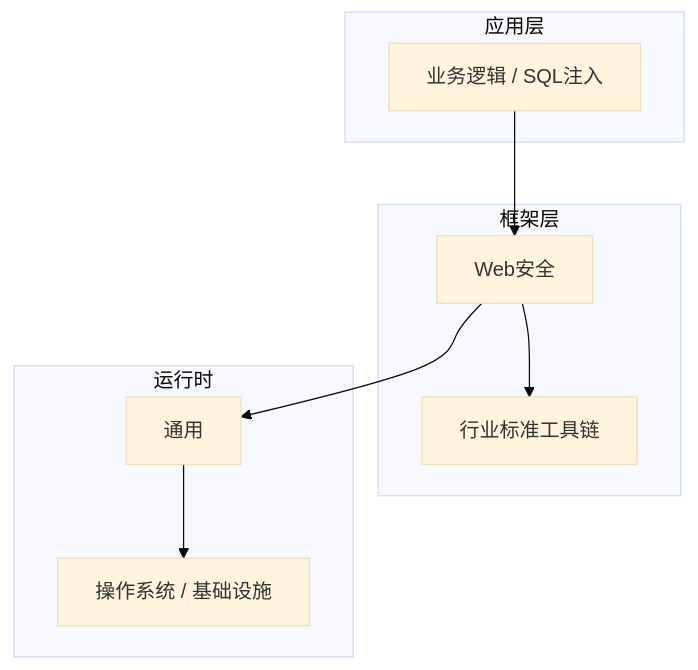
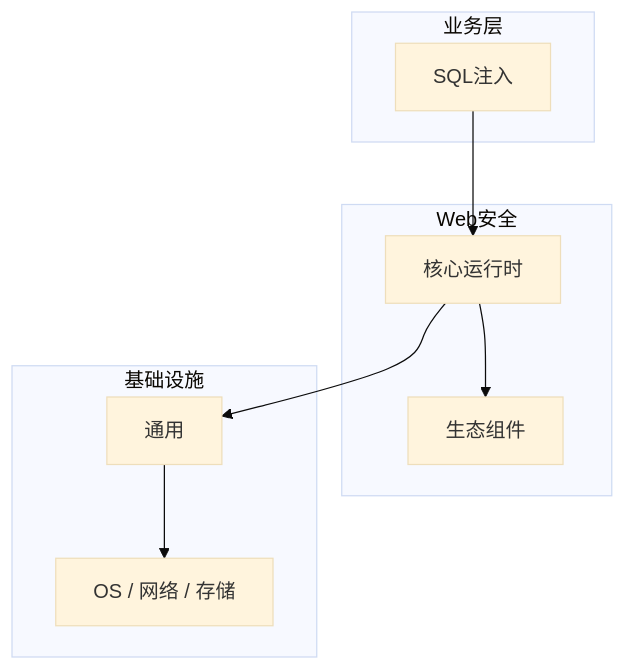
The diagram in articles/Web安全/chapters/019-SQL-注入风险核心概念与原理.md (yanggan2015/knowledge-json-v2), drawn with Mermaid (base theme) before and after one commit. The commit also changed other lines of this file and 10127 other files, not shown here.

````diff
--- a/articles/Web安全/chapters/019-SQL-注入风险核心概念与原理.md
+++ b/articles/Web安全/chapters/019-SQL-注入风险核心概念与原理.md
@@ -46,18 +31,18 @@
 ```mermaid
 graph TB
-    subgraph 应用层
-        A[业务逻辑 / SQL注入]
+    subgraph 业务层
+        A[SQL注入]
     end
-    subgraph 框架层
-        B[Web安全]
-        C[行业标准工具链]
+    subgraph Web安全
+        B[核心运行时]
+        C[生态组件]
     end
-    subgraph 运行时
+    subgraph 基础设施
         D[通用]
-        E[操作系统 / 基础设施]
+        E[OS / 网络 / 存储]
     end
     A --> B
     B --> C
     B --> D
     D --> E
 ```
````
